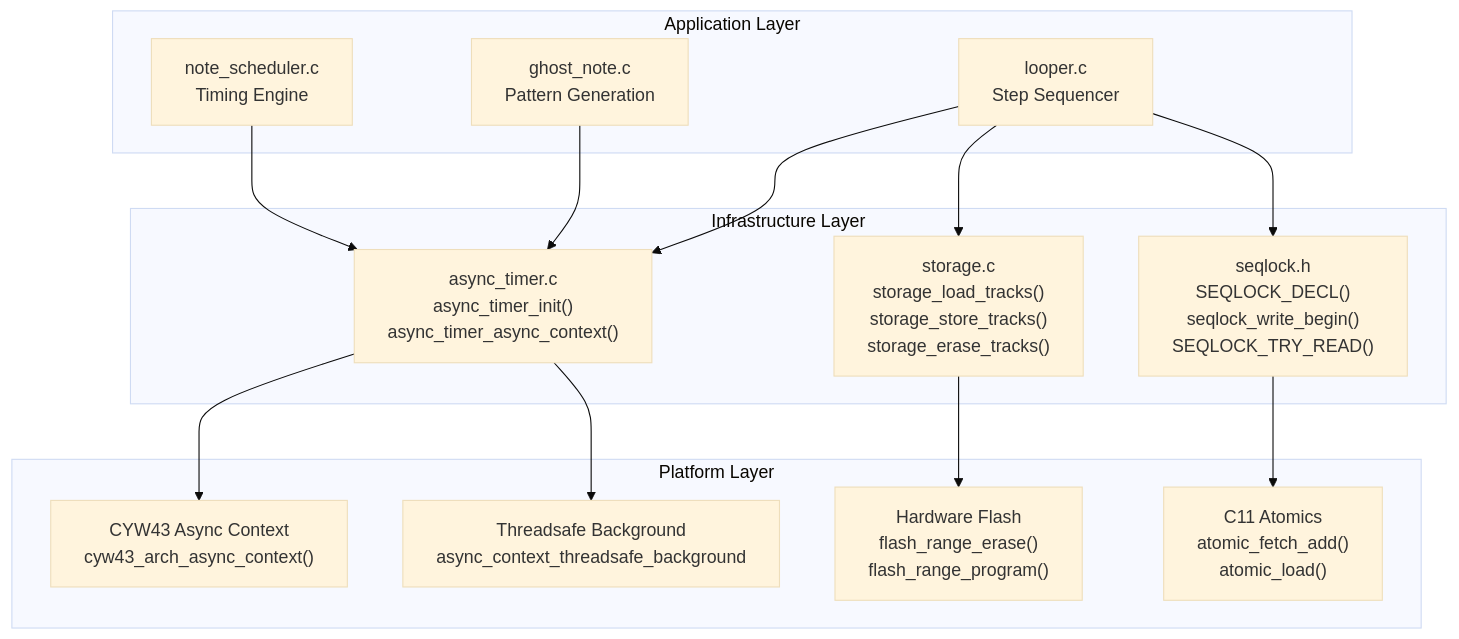
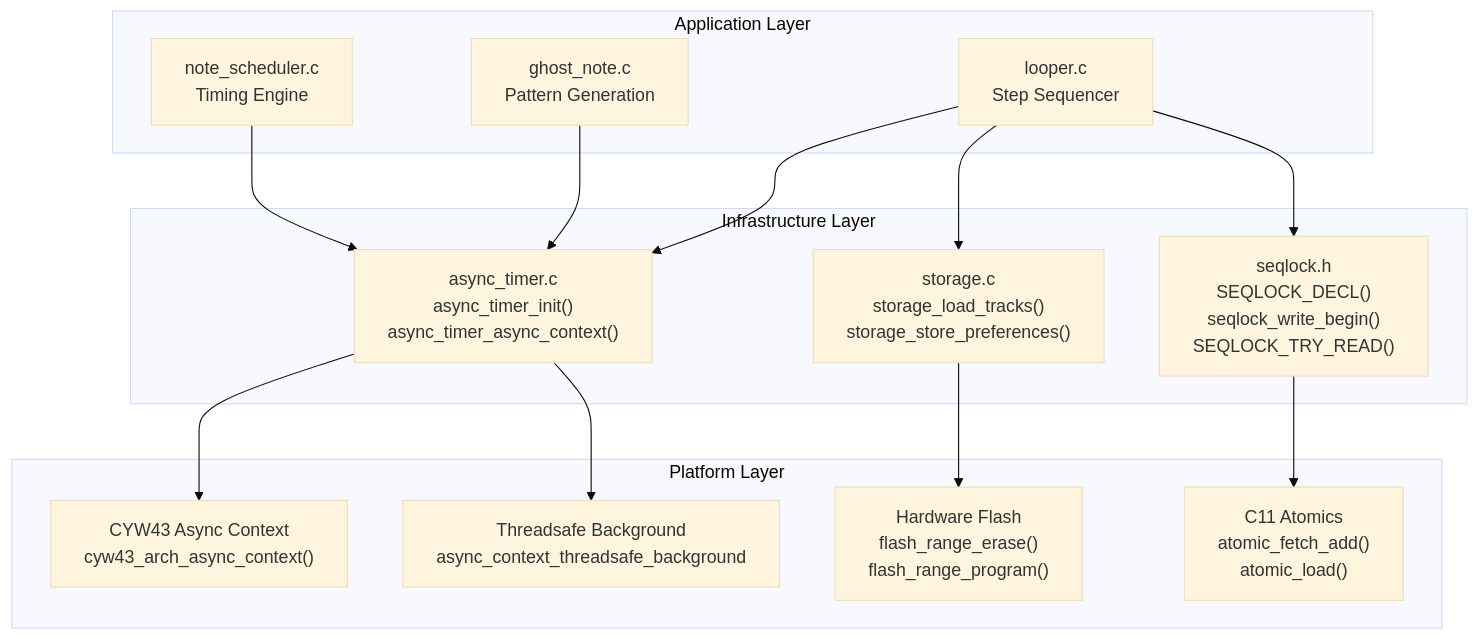
One commit to Jus-Be/orinayo-pico changed the first of 3 diagrams in wiki/8-infrastructure.md. Above: the diagram before and after it, drawn with Mermaid (base theme). The commit also changed other lines of this file and 42 other files, not shown here.

````diff
--- a/wiki/8-infrastructure.md
+++ b/wiki/8-infrastructure.md
@@ -26,43 +28,43 @@
 ```mermaid
 flowchart TD
 
 Looper["looper.c<br>Step Sequencer"]
 GhostNote["ghost_note.c<br>Pattern Generation"]
 NoteScheduler["note_scheduler.c<br>Timing Engine"]
 AsyncTimer["async_timer.c<br>async_timer_init()<br>async_timer_async_context()"]
-Storage["storage.c<br>storage_load_tracks()<br>storage_store_tracks()<br>storage_erase_tracks()"]
+Storage["storage.c<br>storage_load_tracks()<br>storage_store_preferences()"]
 Seqlock["seqlock.h<br>SEQLOCK_DECL()<br>seqlock_write_begin()<br>SEQLOCK_TRY_READ()"]
 CYW43["CYW43 Async Context<br>cyw43_arch_async_context()"]
 ThreadsafeBG["Threadsafe Background<br>async_context_threadsafe_background"]
 Flash["Hardware Flash<br>flash_range_erase()<br>flash_range_program()"]
 Atomics["C11 Atomics<br>atomic_fetch_add()<br>atomic_load()"]
 
 Looper --> AsyncTimer
 GhostNote --> AsyncTimer
 NoteScheduler --> AsyncTimer
 Looper --> Storage
 Looper --> Seqlock
 AsyncTimer --> CYW43
 AsyncTimer --> ThreadsafeBG
 Storage --> Flash
 Seqlock --> Atomics
 
 subgraph subGraph2 ["Platform Layer"]
     CYW43
     ThreadsafeBG
     Flash
     Atomics
 end
 
 subgraph subGraph1 ["Infrastructure Layer"]
     AsyncTimer
     Storage
     Seqlock
 end
 
 subgraph subGraph0 ["Application Layer"]
     Looper
     GhostNote
     NoteScheduler
 end
 ```
````
